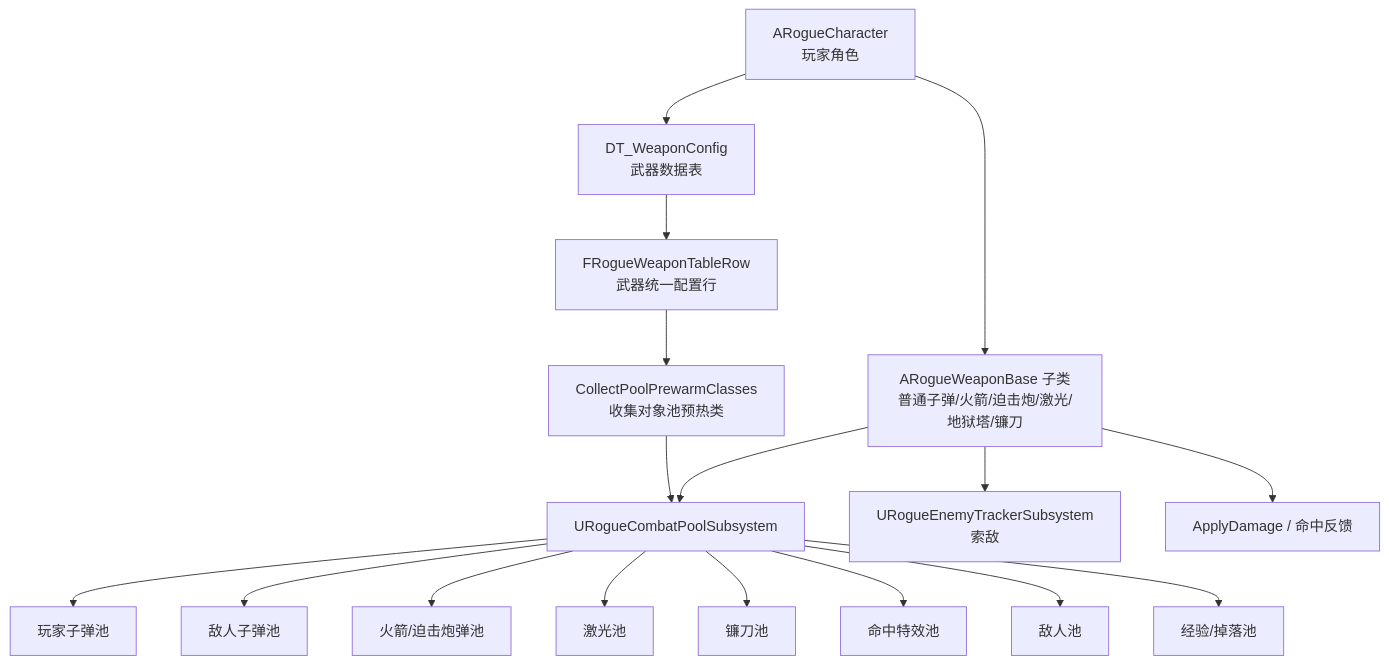
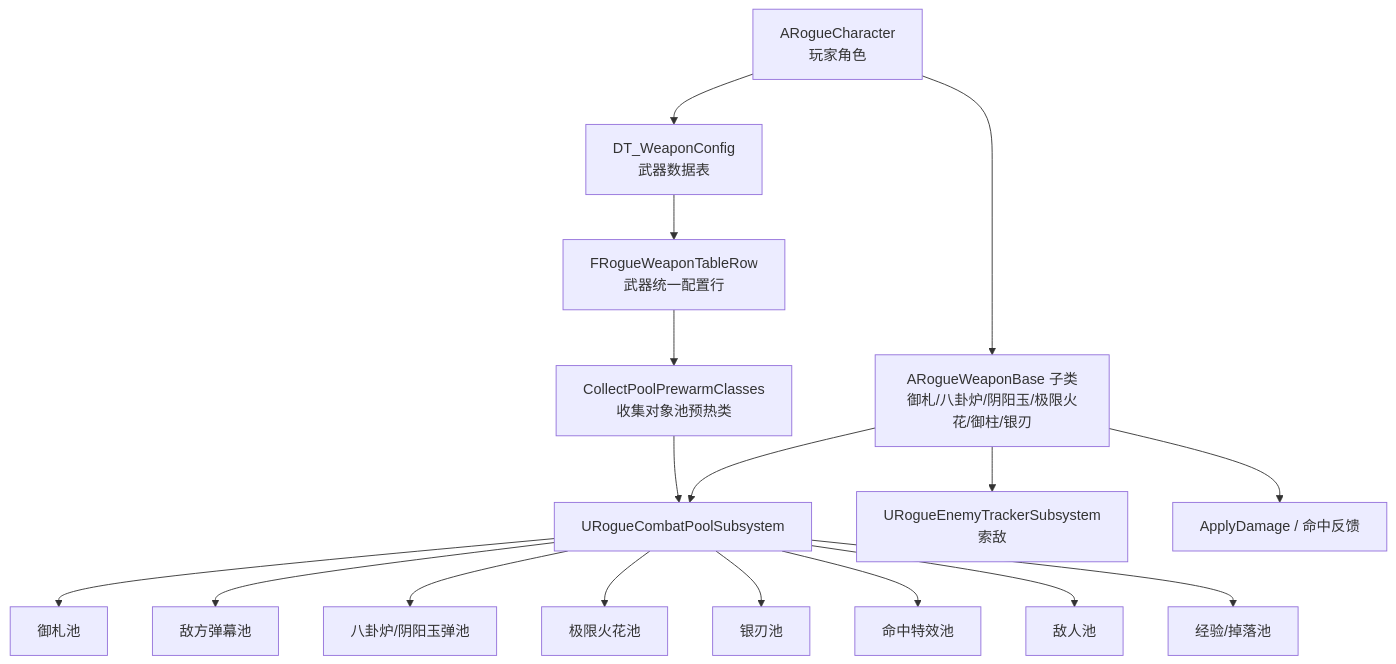
The second of 5 diagrams in Docs/OptimizedArchitecture.md (Elysiasloverly/AI-), drawn with Mermaid before and after one commit. The commit also changed 54 other files, not shown here.

````diff
--- a/Docs/OptimizedArchitecture.md
+++ b/Docs/OptimizedArchitecture.md
@@ -43,22 +43,22 @@
 ```mermaid
 flowchart TD
     Character["ARogueCharacter\n玩家角色"] --> WeaponTable["DT_WeaponConfig\n武器数据表"]
-    Character --> Weapons["ARogueWeaponBase 子类\n普通子弹/火箭/迫击炮/激光/地狱塔/镰刀"]
+    Character --> Weapons["ARogueWeaponBase 子类\n御札/八卦炉/阴阳玉/极限火花/御柱/银刃"]
 
     WeaponTable --> WeaponRow["FRogueWeaponTableRow\n武器统一配置行"]
     WeaponRow --> PrewarmCollect["CollectPoolPrewarmClasses\n收集对象池预热类"]
     PrewarmCollect --> PoolSub["URogueCombatPoolSubsystem"]
 
     Weapons --> TrackerSub["URogueEnemyTrackerSubsystem\n索敌"]
     Weapons --> PoolSub
     Weapons --> Damage["ApplyDamage / 命中反馈"]
 
-    PoolSub --> PlayerBullet["玩家子弹池"]
-    PoolSub --> EnemyBullet["敌人子弹池"]
-    PoolSub --> RocketPool["火箭/迫击炮弹池"]
-    PoolSub --> LaserPool["激光池"]
-    PoolSub --> BladePool["镰刀池"]
+    PoolSub --> PlayerBullet["御札池"]
+    PoolSub --> EnemyBullet["敌方弹幕池"]
+    PoolSub --> RocketPool["八卦炉/阴阳玉弹池"]
+    PoolSub --> LaserPool["极限火花池"]
+    PoolSub --> BladePool["银刃池"]
     PoolSub --> ImpactPool["命中特效池"]
     PoolSub --> EnemyPool["敌人池"]
     PoolSub --> PickupPool["经验/掉落池"]
 ```
````
